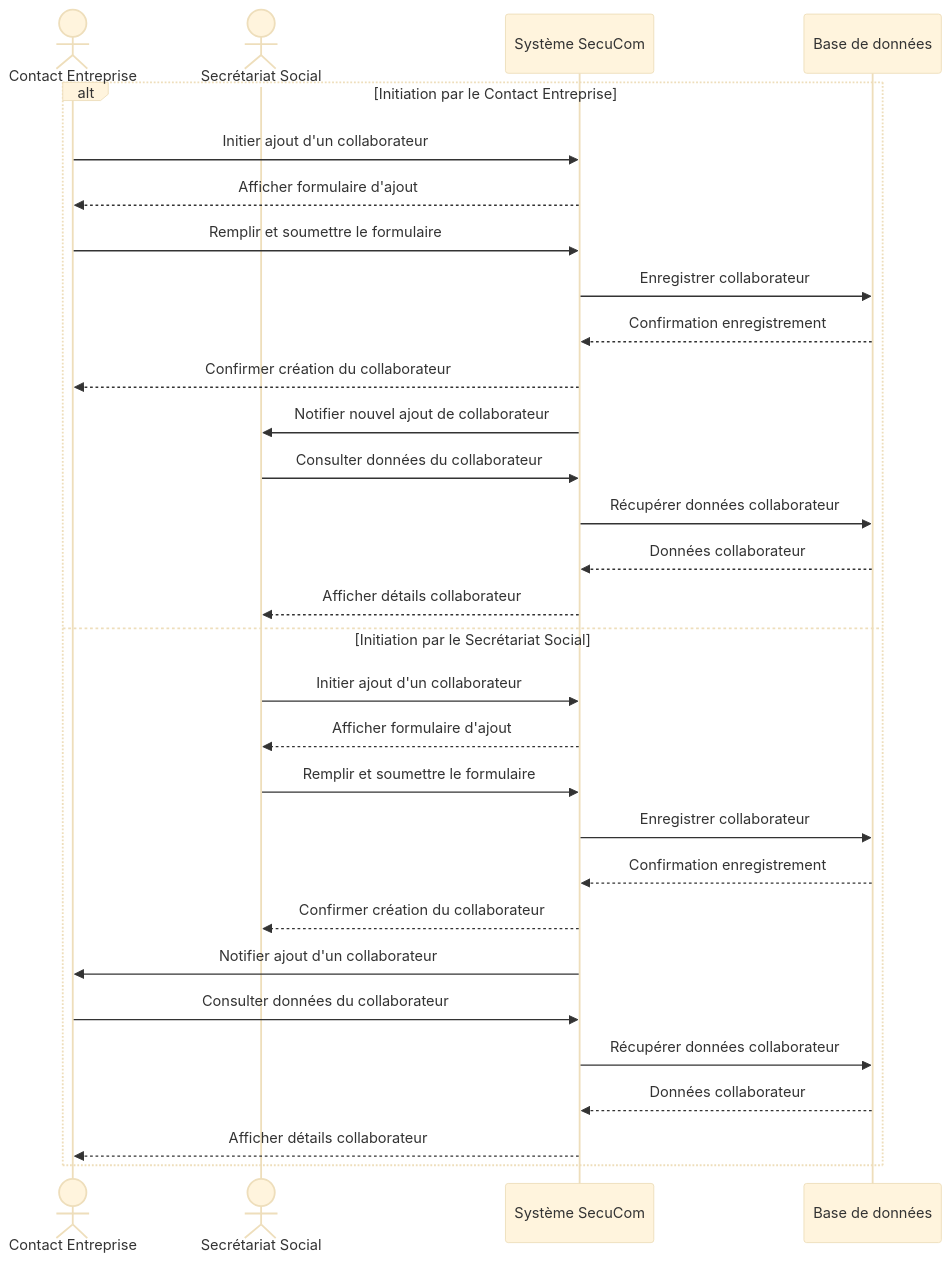
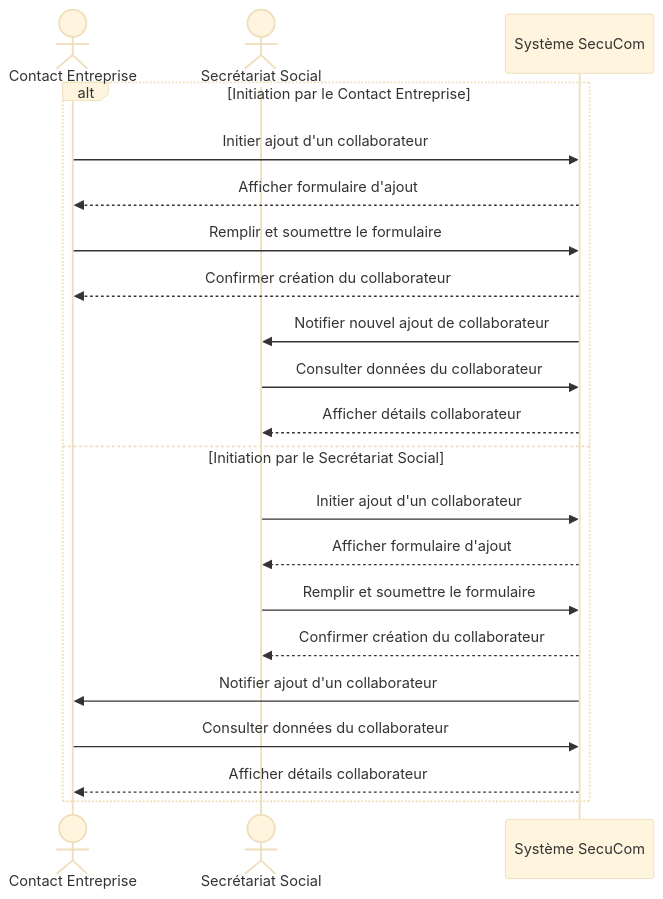
The fifth of 6 diagrams in diagrammes_mermaid.md (Medinhoo/SecuCom_BACKEND), drawn with Mermaid (base theme) before and after one commit. The commit also changed other lines of this file and 10 other files, not shown here.

Commit message:
TFE: chapitre 6 total refacto + corrections diagrammes

````diff
--- a/diagrammes_mermaid.md
+++ b/diagrammes_mermaid.md
@@ -440,36 +438,27 @@
 ```mermaid
 sequenceDiagram
     actor CE as Contact Entreprise
     actor SS as Secrétariat Social
     participant Sys as Système SecuCom
-    participant DB as Base de données
     
     alt Initiation par le Contact Entreprise
         CE->>Sys: Initier ajout d'un collaborateur
         Sys-->>CE: Afficher formulaire d'ajout
         CE->>Sys: Remplir et soumettre le formulaire
-        Sys->>DB: Enregistrer collaborateur
-        DB-->>Sys: Confirmation enregistrement
         Sys-->>CE: Confirmer création du collaborateur
         
         Sys->>SS: Notifier nouvel ajout de collaborateur
         SS->>Sys: Consulter données du collaborateur
-        Sys->>DB: Récupérer données collaborateur
-        DB-->>Sys: Données collaborateur
         Sys-->>SS: Afficher détails collaborateur
         
     else Initiation par le Secrétariat Social
         SS->>Sys: Initier ajout d'un collaborateur
         Sys-->>SS: Afficher formulaire d'ajout
         SS->>Sys: Remplir et soumettre le formulaire
-        Sys->>DB: Enregistrer collaborateur
-        DB-->>Sys: Confirmation enregistrement
         Sys-->>SS: Confirmer création du collaborateur
         
         Sys->>CE: Notifier ajout d'un collaborateur
         CE->>Sys: Consulter données du collaborateur
-        Sys->>DB: Récupérer données collaborateur
-        DB-->>Sys: Données collaborateur
         Sys-->>CE: Afficher détails collaborateur
     end
 ```
````
